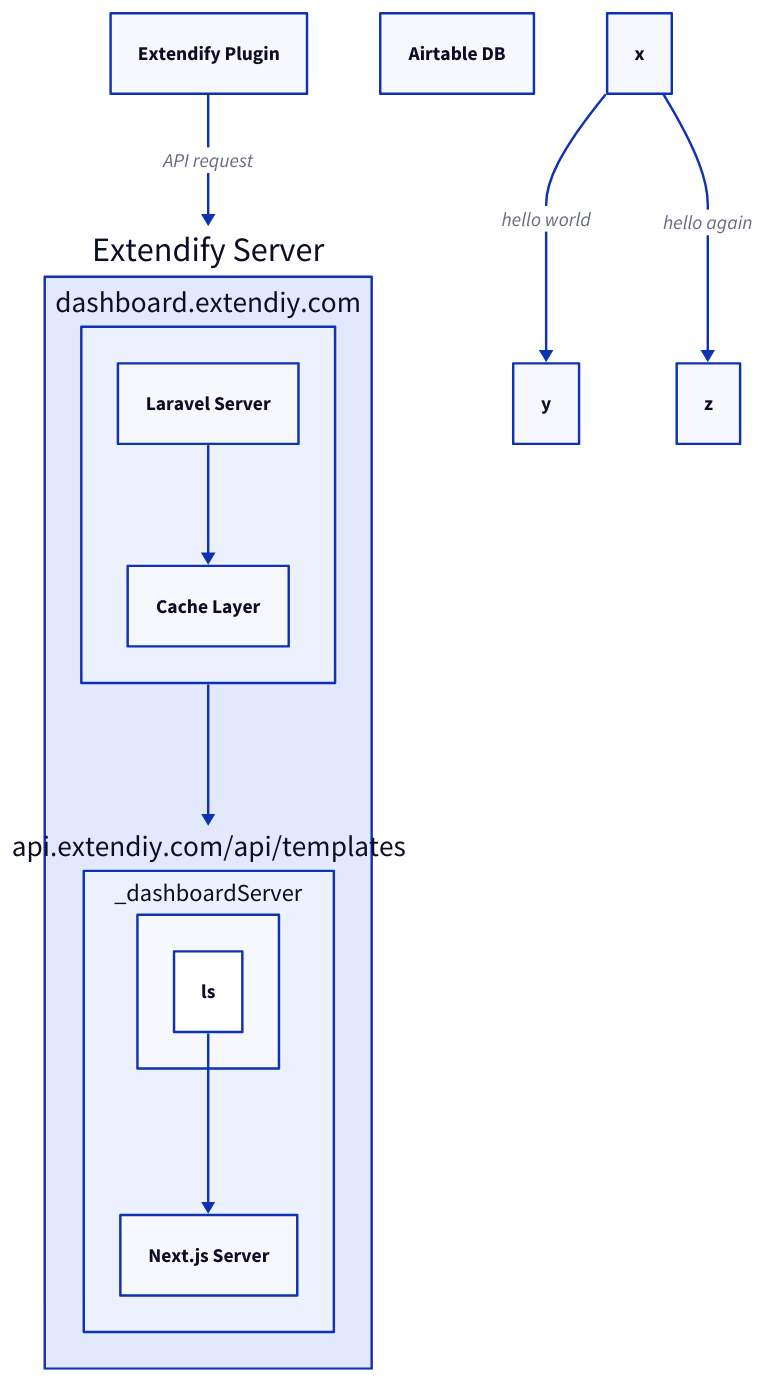
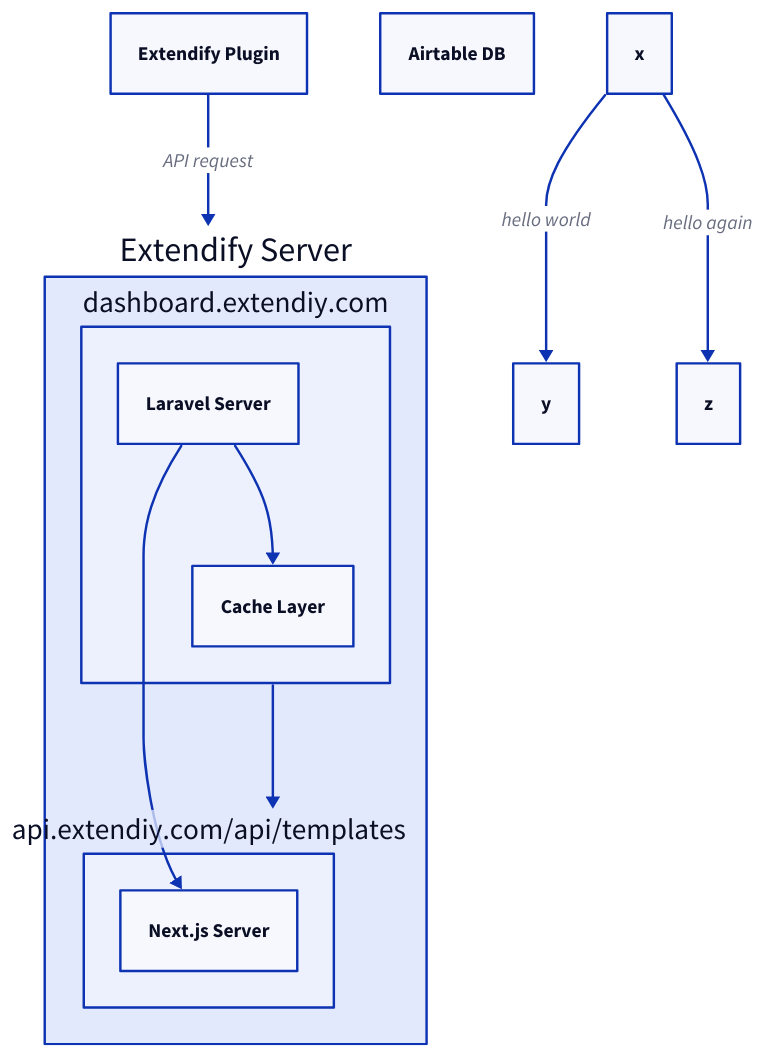
One commit to dgwyer/myapp changed the diagram in d2/file.d2. Above: the diagram before and after it, drawn with D2.

Commit message:
try to render

```diff
--- a/d2/file.d2
+++ b/d2/file.d2
@@ -1,22 +1,22 @@
 a: Extendify Plugin
 e: Airtable DB
 
 extendifyServer: Extendify Server {
   dashboardServer: dashboard.extendiy.com {
     ls: Laravel Server
     cl: Cache Layer
 
     ls -> cl
   }
 
   apiServer: api.extendiy.com/api/templates {
     nj: Next.js Server
-    _dashboardServer.ls -> nj
+    _.dashboardServer.ls -> nj
   }
 
   dashboardServer -> apiServer
 }
 
 a -> extendifyServer: API request
 x -> y: hello world
 x -> z: hello again
```
